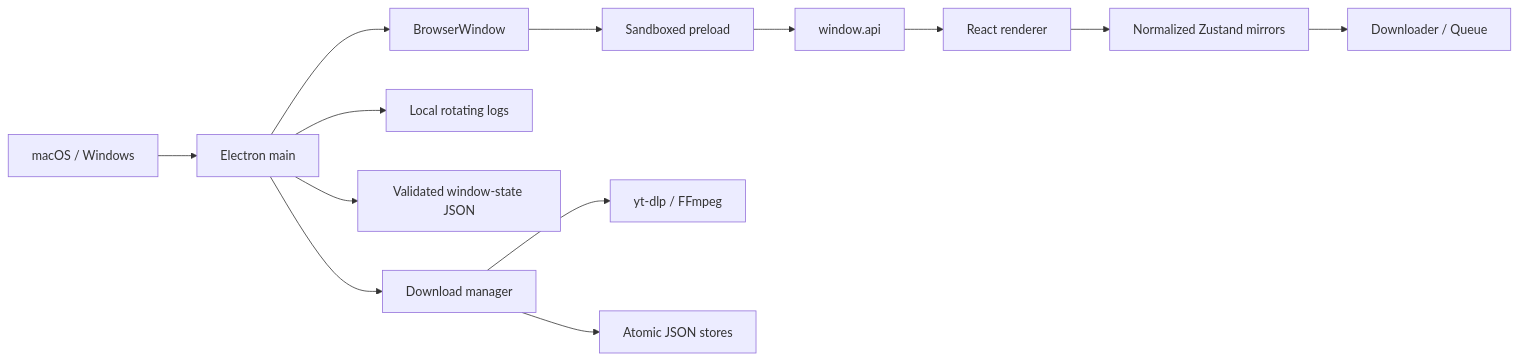
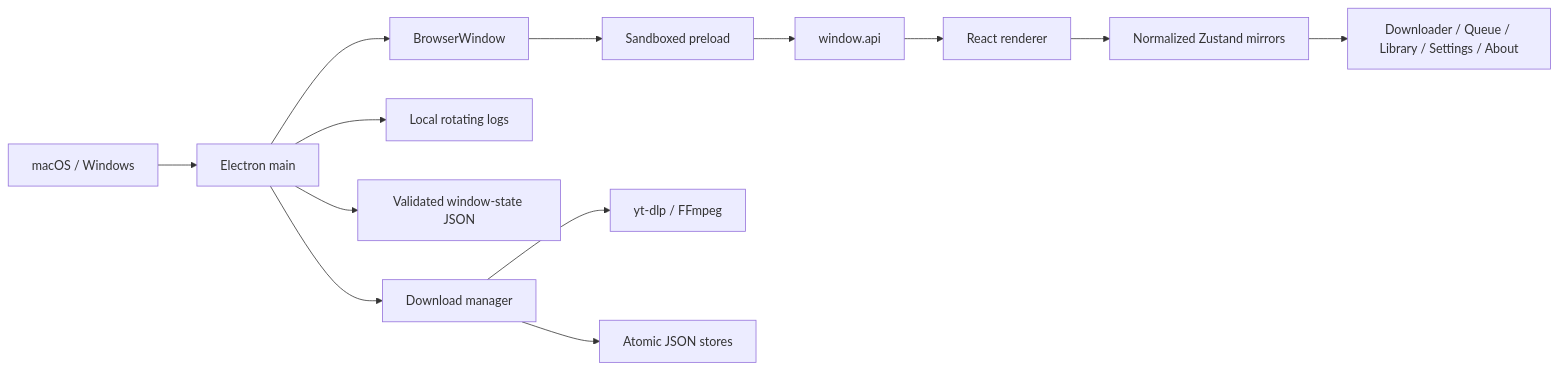
Before and after one commit to hussainislive/HA-VideoDownloader: the first of 6 diagrams in docs/ARCHITECTURE.md, drawn with Mermaid. The commit also changed other lines of this file and 91 other files, not shown here.

````diff
--- a/docs/ARCHITECTURE.md
+++ b/docs/ARCHITECTURE.md
@@ -7,15 +7,15 @@
 ```mermaid
 flowchart LR
   OS[macOS / Windows] --> Main[Electron main]
   Main --> Window[BrowserWindow]
   Window --> Preload[Sandboxed preload]
   Preload --> API[window.api]
   API --> Renderer[React renderer]
   Renderer --> Mirrors[Normalized Zustand mirrors]
-  Mirrors --> Screens[Downloader / Queue]
+  Mirrors --> Screens[Downloader / Queue / Library / Settings / About]
   Main --> Logs[Local rotating logs]
   Main --> State[Validated window-state JSON]
   Main --> Manager[Download manager]
   Manager --> Engine[yt-dlp / FFmpeg]
   Manager --> Stores[Atomic JSON stores]
 ```
````
